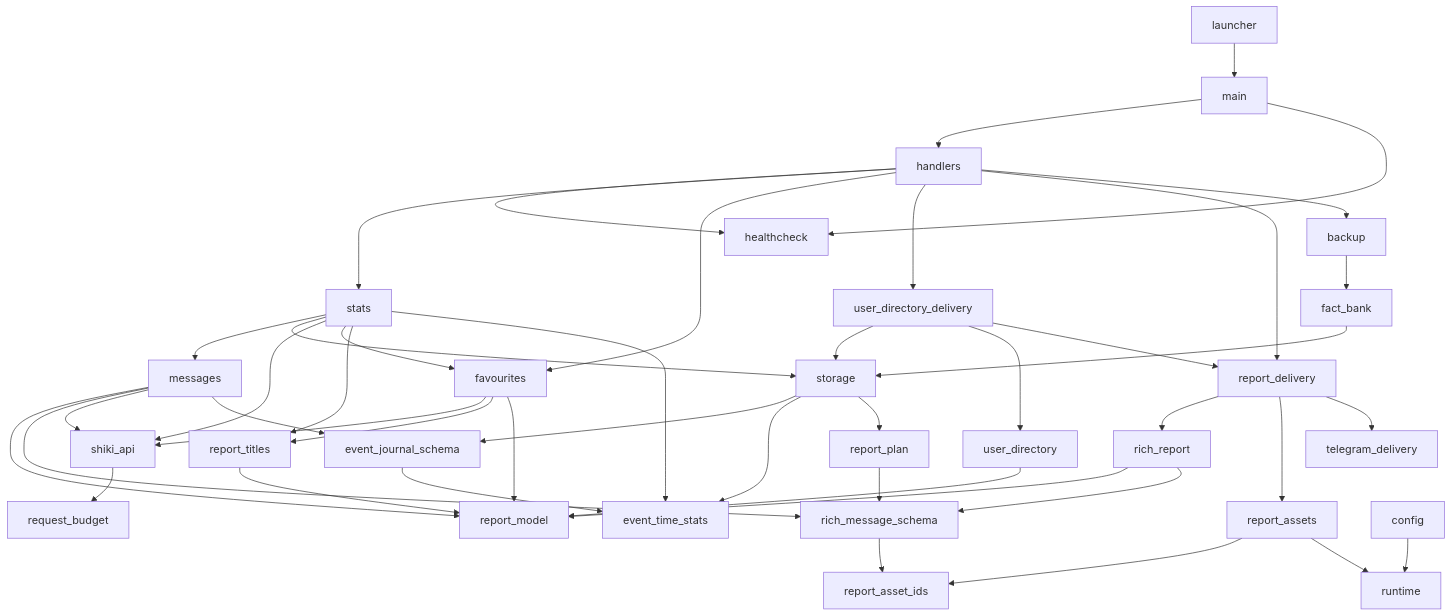
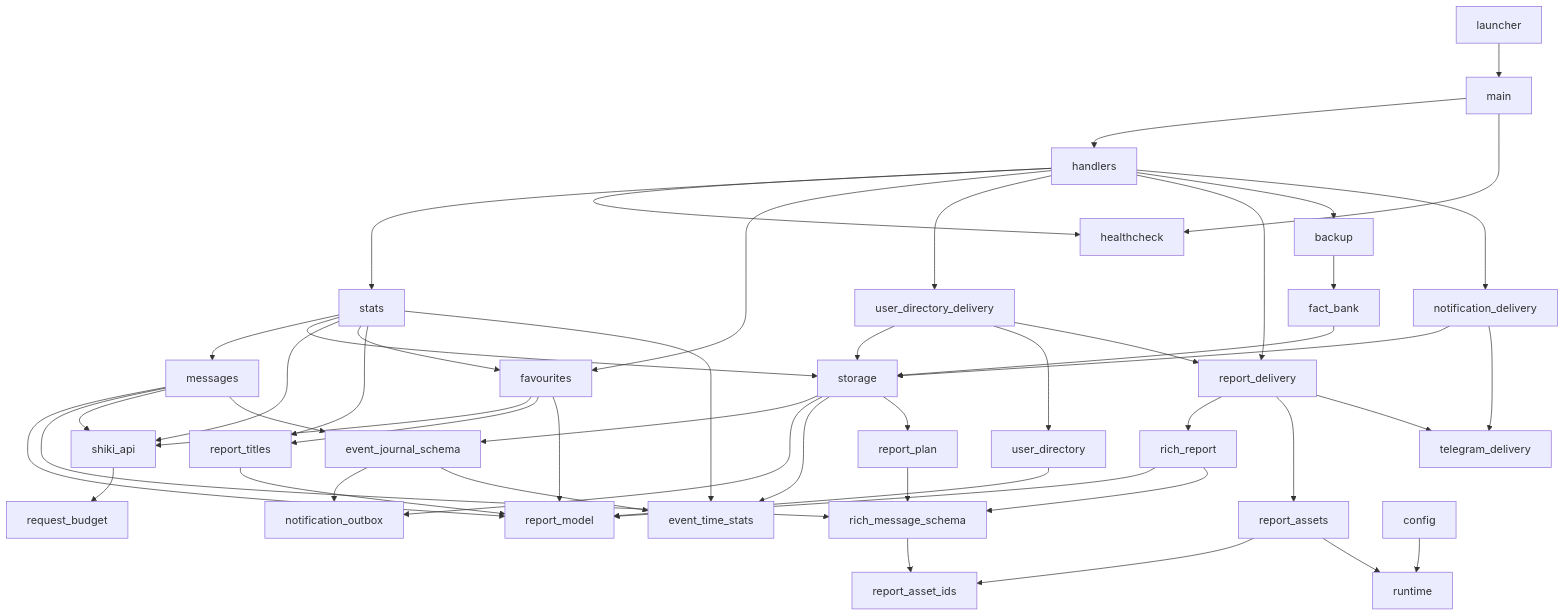
The diagram in ARCHITECTURE.md (WorgaNomoR/ShikiUpdatesBot), drawn with Mermaid before and after one commit. The commit also changed other lines of this file and 19 other files, not shown here.

First line of the commit message:
Persist per-recipient delivery of journal notifications (#178)

````diff
--- a/ARCHITECTURE.md
+++ b/ARCHITECTURE.md
@@ -79,47 +82,52 @@
 ```mermaid
 graph TD
     launcher --> main
     main --> handlers
     main --> healthcheck
     handlers --> healthcheck
     handlers --> stats
     handlers --> favourites
     handlers --> user_directory_delivery
     handlers --> report_delivery
     handlers --> backup
     stats --> messages
     stats --> storage
     stats --> shiki_api
     stats --> favourites
     stats --> report_titles
     favourites --> shiki_api
     favourites --> report_titles
     favourites --> report_model
     report_titles --> report_model
     messages --> report_model
     messages --> rich_message_schema
     messages --> shiki_api
     user_directory_delivery --> storage
     user_directory_delivery --> user_directory
     user_directory_delivery --> report_delivery
     user_directory --> report_model
     backup --> fact_bank
     fact_bank --> storage
     storage --> event_journal_schema
+    storage --> notification_outbox
+    event_journal_schema --> notification_outbox
+    handlers --> notification_delivery
+    notification_delivery --> storage
+    notification_delivery --> telegram_delivery
     storage --> event_time_stats
     event_journal_schema --> event_time_stats
     stats --> event_time_stats
     messages --> event_journal_schema
     storage --> report_plan
     report_plan --> rich_message_schema
     report_delivery --> rich_report
     report_delivery --> report_assets
     report_delivery --> telegram_delivery
     rich_report --> report_model
     rich_report --> rich_message_schema
     rich_message_schema --> report_asset_ids
     report_assets --> report_asset_ids
     report_assets --> runtime
     shiki_api --> request_budget
     config --> runtime
 ```
````
